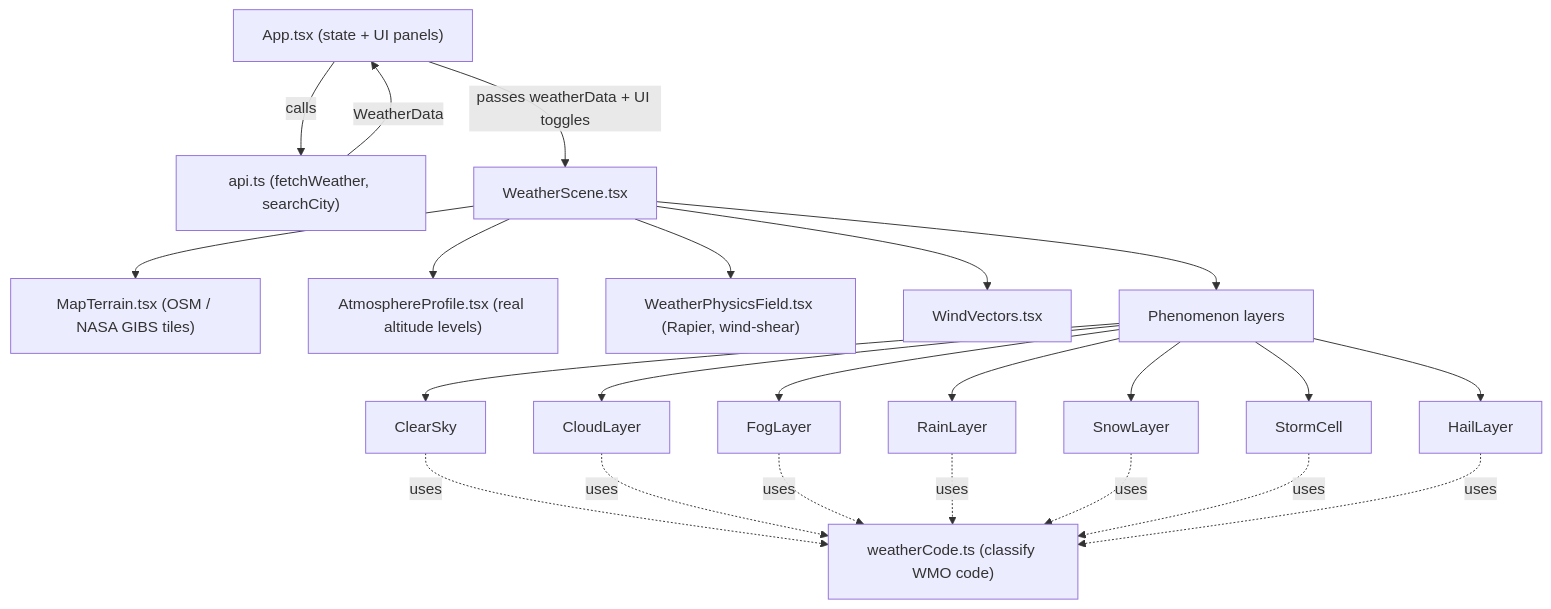
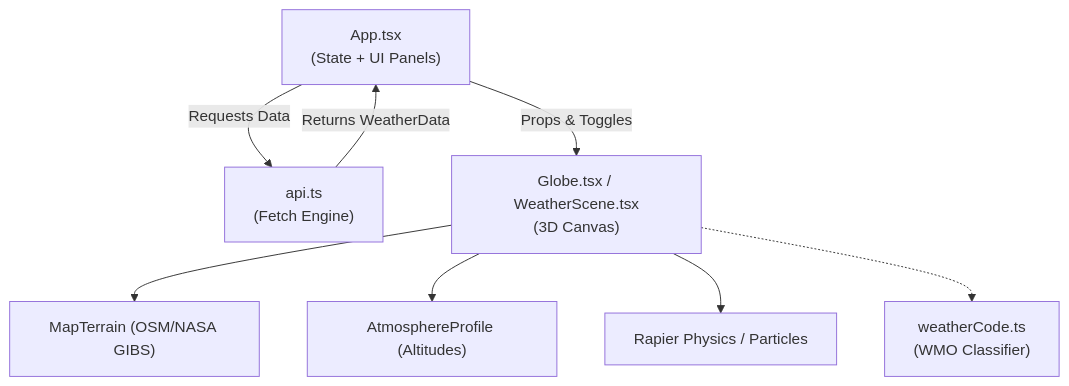
Before and after one commit to aarman1206/aethra: the diagram in README.md, drawn with Mermaid. The commit also changed other lines of this file, not shown here.

Commit message:
docs: update README with enhanced project branding, refined feature descriptions, and updated architecture diagrams

````diff
--- a/README.md
+++ b/README.md
@@ -54,33 +58,17 @@
 ```mermaid
 flowchart TD
-    App["App.tsx (state + UI panels)"]
-    API["api.ts (fetchWeather, searchCity)"]
-    Scene["WeatherScene.tsx"]
-    Code["weatherCode.ts (classify WMO code)"]
+    App["App.tsx\n(State + UI Panels)"]
+    API["api.ts\n(Fetch Engine)"]
+    Scene["Globe.tsx / WeatherScene.tsx\n(3D Canvas)"]
+    Code["weatherCode.ts\n(WMO Classifier)"]
 
-    App -->|calls| API
-    API -->|WeatherData| App
-    App -->|passes weatherData + UI toggles| Scene
+    App -->|Requests Data| API
+    API -->|Returns WeatherData| App
+    App -->|Props & Toggles| Scene
 
-    Scene --> MapTerrain["MapTerrain.tsx (OSM / NASA GIBS tiles)"]
-    Scene --> Atmosphere["AtmosphereProfile.tsx (real altitude levels)"]
-    Scene --> Physics["WeatherPhysicsField.tsx (Rapier, wind-shear)"]
-    Scene --> Wind["WindVectors.tsx"]
-    Scene --> Phenomena["Phenomenon layers"]
-
-    Phenomena --> ClearSky
-    Phenomena --> CloudLayer
-    Phenomena --> FogLayer
-    Phenomena --> RainLayer
-    Phenomena --> SnowLayer
-    Phenomena --> StormCell
-    Phenomena --> HailLayer
-
-    ClearSky -.uses.-> Code
-    CloudLayer -.uses.-> Code
-    FogLayer -.uses.-> Code
-    RainLayer -.uses.-> Code
-    SnowLayer -.uses.-> Code
-    StormCell -.uses.-> Code
-    HailLayer -.uses.-> Code
+    Scene --> Terrain["MapTerrain (OSM/NASA GIBS)"]
+    Scene --> Atmosphere["AtmosphereProfile (Altitudes)"]
+    Scene --> Physics["Rapier Physics / Particles"]
+    
+    Scene -.-> Code
 ```
````
